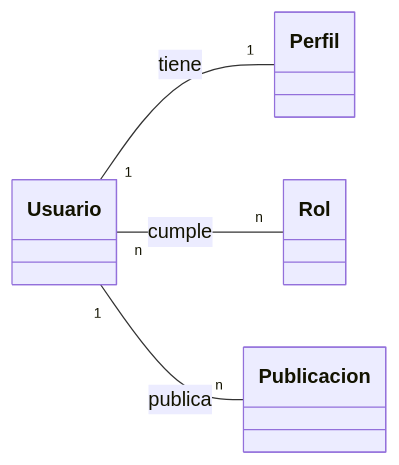
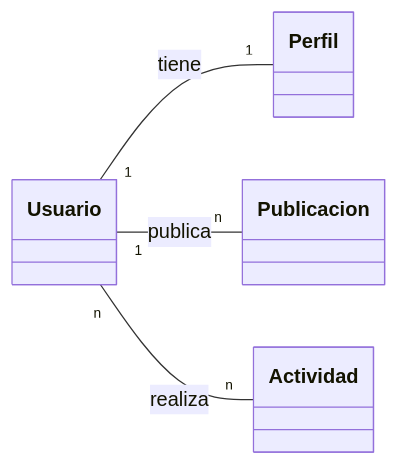
One commit to eormeno/dbacki_2024 changed the first of 5 diagrams in migrations.md. Above: the diagram before and after it, drawn with Mermaid. The commit also changed other lines of this file, not shown here.

````diff
--- a/migrations.md
+++ b/migrations.md
@@ -71,15 +72,15 @@
 ```mermaid
 classDiagram
     direction LR
     class Usuario {
     }
     class Publicacion {
     }
     class Perfil {
     }
-    class Rol {
+    class Actividad {
     }
     Usuario "1" -- "1" Perfil : tiene
-    Usuario "n" -- "n" Rol : cumple
     Usuario "1" -- "n" Publicacion : publica
+    Usuario "n" -- "n" Actividad : realiza
 ```
````
